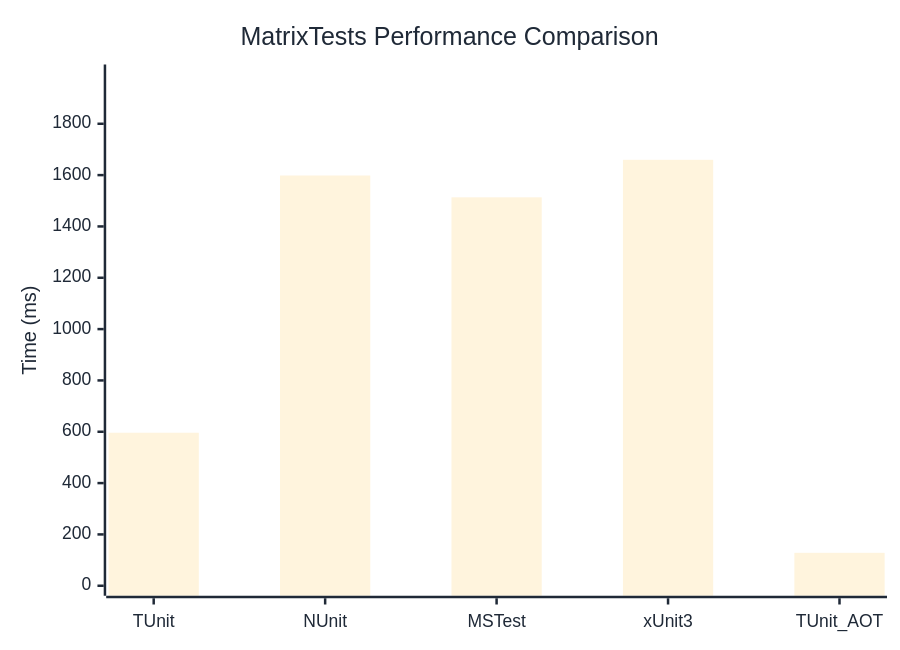
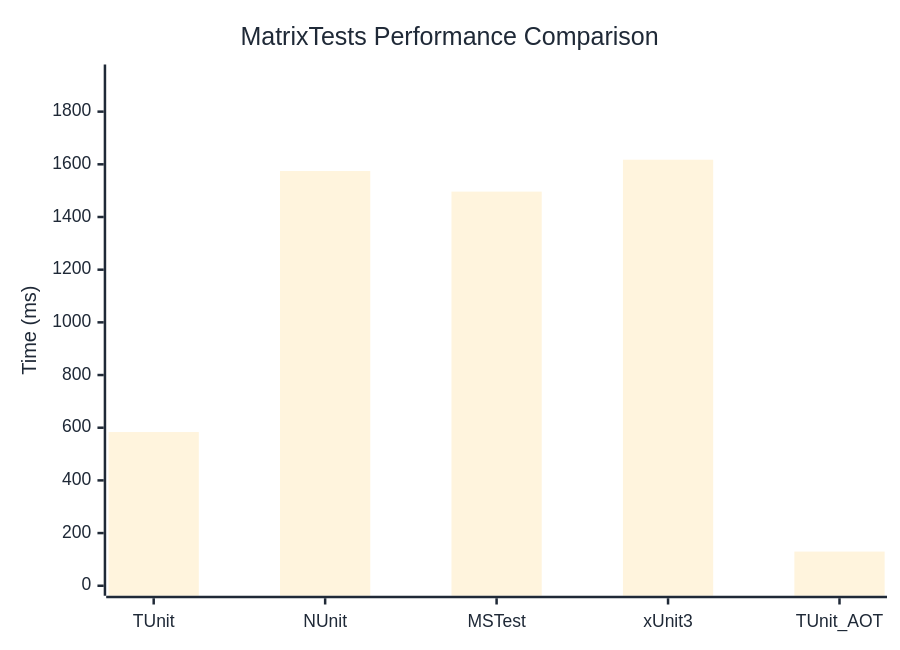
The diagram in docs/docs/benchmarks/MatrixTests.md (thomhurst/TUnit), drawn with Mermaid before and after one commit. The commit also changed other lines of this file and 17 other files, not shown here.

````diff
--- a/docs/docs/benchmarks/MatrixTests.md
+++ b/docs/docs/benchmarks/MatrixTests.md
@@ -27,37 +27,37 @@
 ```mermaid
 %%{init: {
   'theme':'base',
   'themeVariables': {
     'primaryColor': '#2563eb',
     'primaryTextColor': '#1f2937',
     'primaryBorderColor': '#1e40af',
     'lineColor': '#6b7280',
     'secondaryColor': '#7c3aed',
     'tertiaryColor': '#dc2626',
     'background': '#ffffff',
     'mainBkg': '#2563eb',
     'secondBkg': '#7c3aed',
     'tertiaryBkg': '#dc2626',
     'clusterBkg': '#f3f4f6',
     'edgeLabelBackground': '#ffffff',
     'tertiaryTextColor': '#1f2937',
     'pie1': '#2563eb',
     'pie2': '#7c3aed',
     'pie3': '#dc2626',
     'pie4': '#f59e0b',
     'pie5': '#10b981',
     'pie6': '#06b6d4',
     'pie7': '#ec4899',
     'pie8': '#6366f1',
     'pie9': '#84cc16',
     'pie10': '#f97316',
     'pie11': '#14b8a6',
     'pie12': '#a855f7'
   }
 }}%%
 xychart-beta
   title "MatrixTests Performance Comparison"
   x-axis ["TUnit", "NUnit", "MSTest", "xUnit3", "TUnit_AOT"]
-  y-axis "Time (ms)" 0 --> 1992
-  bar [596.2, 1598.5, 1513.4, 1659.6, 128.3]
+  y-axis "Time (ms)" 0 --> 1941
+  bar [583.5, 1574.6, 1496.4, 1617.4, 129.7]
 ```
````
